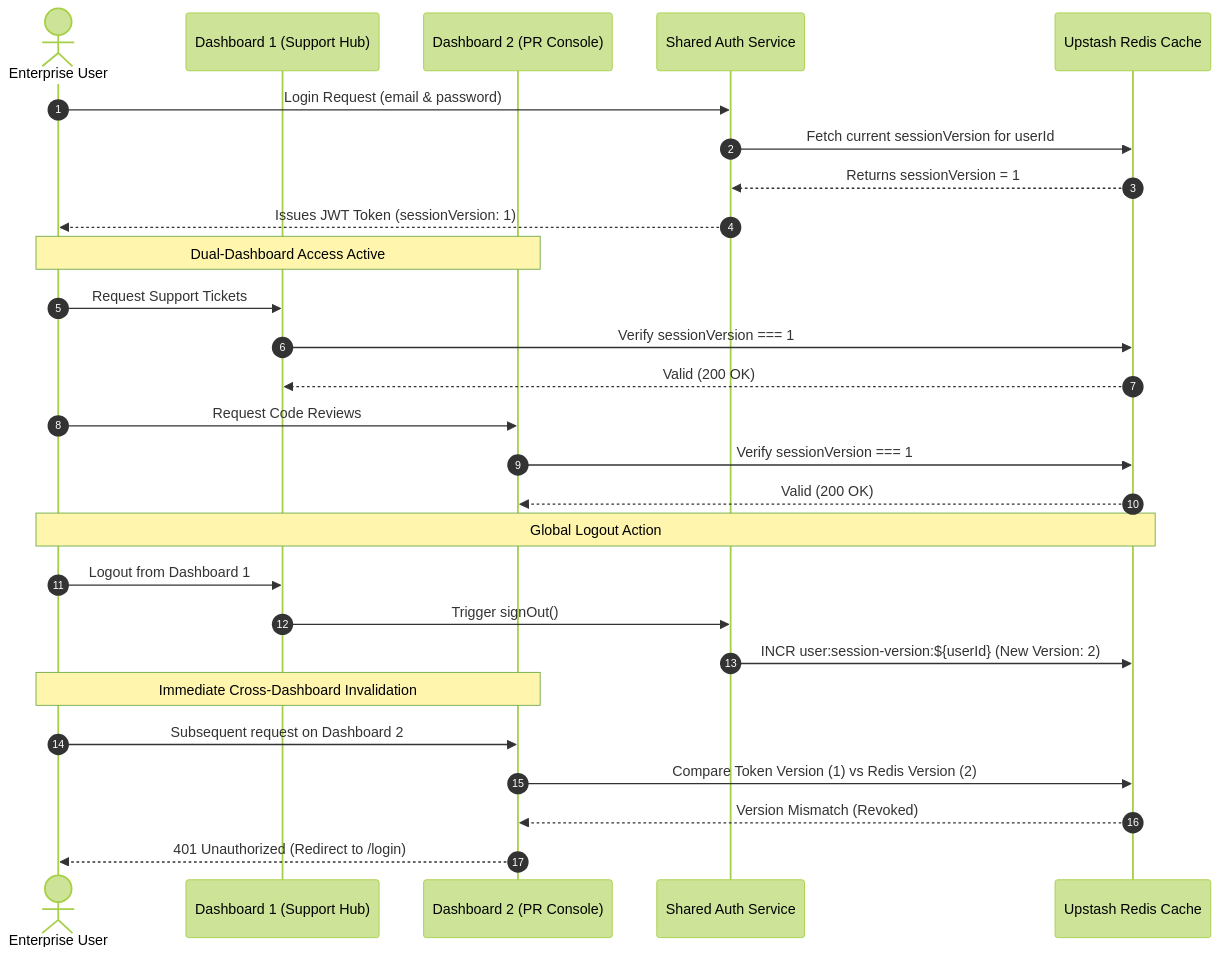
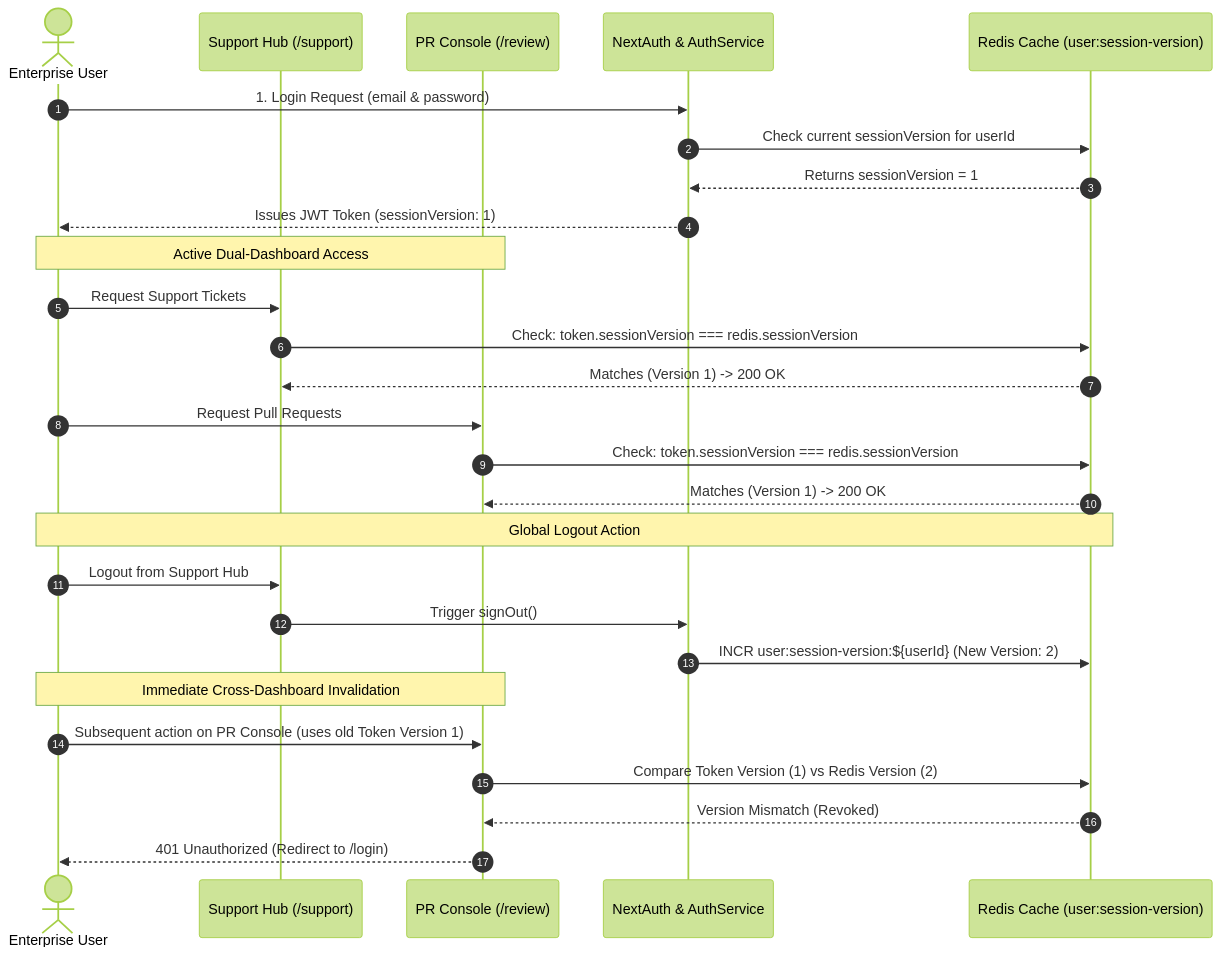
One commit to gargijoshi9/unified-workspace changed the second of 3 diagrams in docs/architecture.md. Above: the diagram before and after it, drawn with Mermaid (forest theme). The commit also changed other lines of this file and 4 other files, not shown here.

Commit message:
docs: update system architecture and technical documentation

````diff
--- a/docs/architecture.md
+++ b/docs/architecture.md
@@ -37,34 +84,34 @@
 ```mermaid
 sequenceDiagram
     autonumber
     actor User as Enterprise User
-    participant Dash1 as Dashboard 1 (Support Hub)
-    participant Dash2 as Dashboard 2 (PR Console)
-    participant Auth as Shared Auth Service
-    participant Redis as Upstash Redis Cache
+    participant Dash1 as Support Hub (/support)
+    participant Dash2 as PR Console (/review)
+    participant Auth as NextAuth & AuthService
+    participant Redis as Redis Cache (user:session-version)
 
-    User->>Auth: Login Request (email & password)
-    Auth->>Redis: Fetch current sessionVersion for userId
+    User->>Auth: 1. Login Request (email & password)
+    Auth->>Redis: Check current sessionVersion for userId
     Redis-->>Auth: Returns sessionVersion = 1
     Auth-->>User: Issues JWT Token (sessionVersion: 1)
 
-    Note over User,Dash2: Dual-Dashboard Access Active
+    Note over User,Dash2: Active Dual-Dashboard Access
     User->>Dash1: Request Support Tickets
-    Dash1->>Redis: Verify sessionVersion === 1
-    Redis-->>Dash1: Valid (200 OK)
+    Dash1->>Redis: Check: token.sessionVersion === redis.sessionVersion
+    Redis-->>Dash1: Matches (Version 1) -> 200 OK
 
-    User->>Dash2: Request Code Reviews
-    Dash2->>Redis: Verify sessionVersion === 1
-    Redis-->>Dash2: Valid (200 OK)
+    User->>Dash2: Request Pull Requests
+    Dash2->>Redis: Check: token.sessionVersion === redis.sessionVersion
+    Redis-->>Dash2: Matches (Version 1) -> 200 OK
 
     Note over User,Redis: Global Logout Action
-    User->>Dash1: Logout from Dashboard 1
+    User->>Dash1: Logout from Support Hub
     Dash1->>Auth: Trigger signOut()
     Auth->>Redis: INCR user:session-version:${userId} (New Version: 2)
 
     Note over User,Dash2: Immediate Cross-Dashboard Invalidation
-    User->>Dash2: Subsequent request on Dashboard 2
+    User->>Dash2: Subsequent action on PR Console (uses old Token Version 1)
     Dash2->>Redis: Compare Token Version (1) vs Redis Version (2)
     Redis-->>Dash2: Version Mismatch (Revoked)
     Dash2-->>User: 401 Unauthorized (Redirect to /login)
 ```
````
